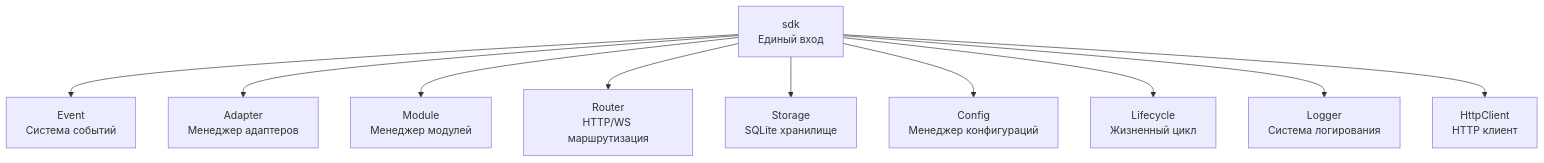
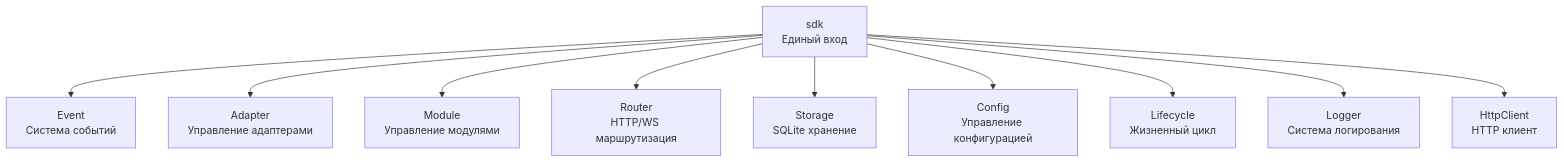
The second of 2 diagrams in README.ru.md (ErisPulse/ErisPulse), drawn with Mermaid before and after one commit. The commit also changed other lines of this file and 31 other files, not shown here.

````diff
--- a/README.ru.md
+++ b/README.ru.md
@@ -541,14 +500,14 @@
 ```mermaid
 graph TB
     SDK["sdk<br/>Единый вход"]
 
     SDK --> Event["Event<br/>Система событий"]
-    SDK --> AdapterMgr["Adapter<br/>Менеджер адаптеров"]
-    SDK --> ModuleMgr["Module<br/>Менеджер модулей"]
+    SDK --> AdapterMgr["Adapter<br/>Управление адаптерами"]
+    SDK --> ModuleMgr["Module<br/>Управление модулями"]
     SDK --> Router["Router<br/>HTTP/WS маршрутизация"]
-    SDK --> Storage["Storage<br/>SQLite хранилище"]
-    SDK --> Config["Config<br/>Менеджер конфигураций"]
+    SDK --> Storage["Storage<br/>SQLite хранение"]
+    SDK --> Config["Config<br/>Управление конфигурацией"]
     SDK --> Lifecycle["Lifecycle<br/>Жизненный цикл"]
     SDK --> Logger["Logger<br/>Система логирования"]
     SDK --> Client["HttpClient<br/>HTTP клиент"]
 ```
````
